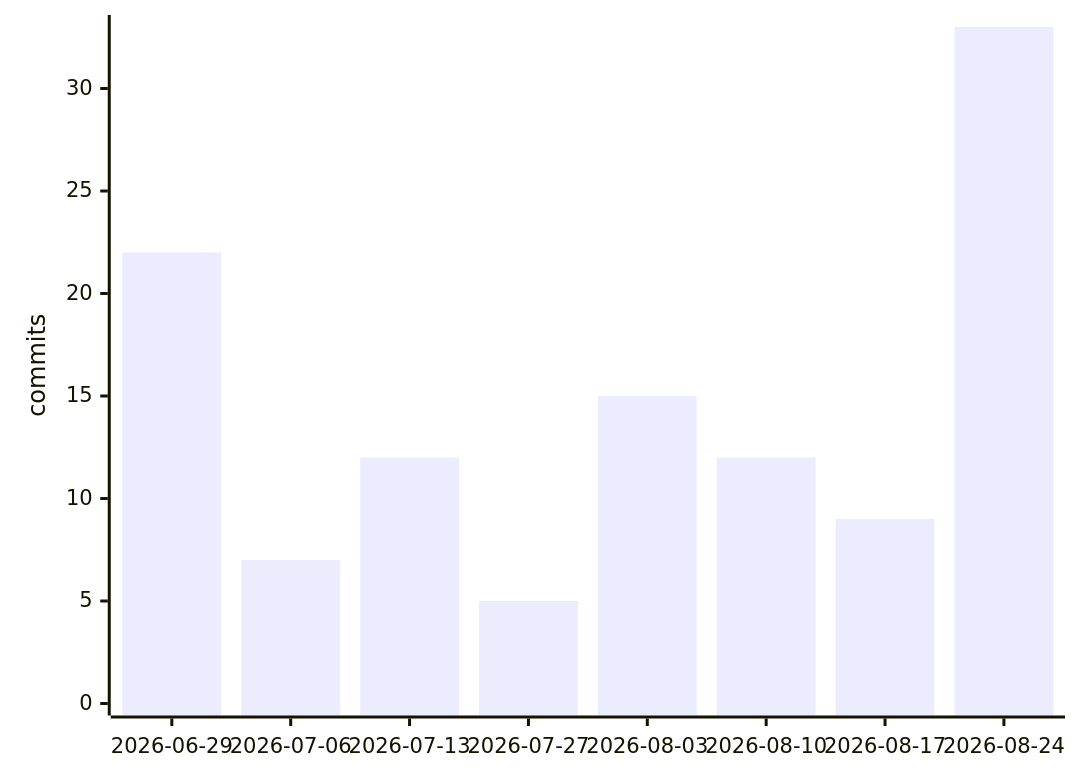
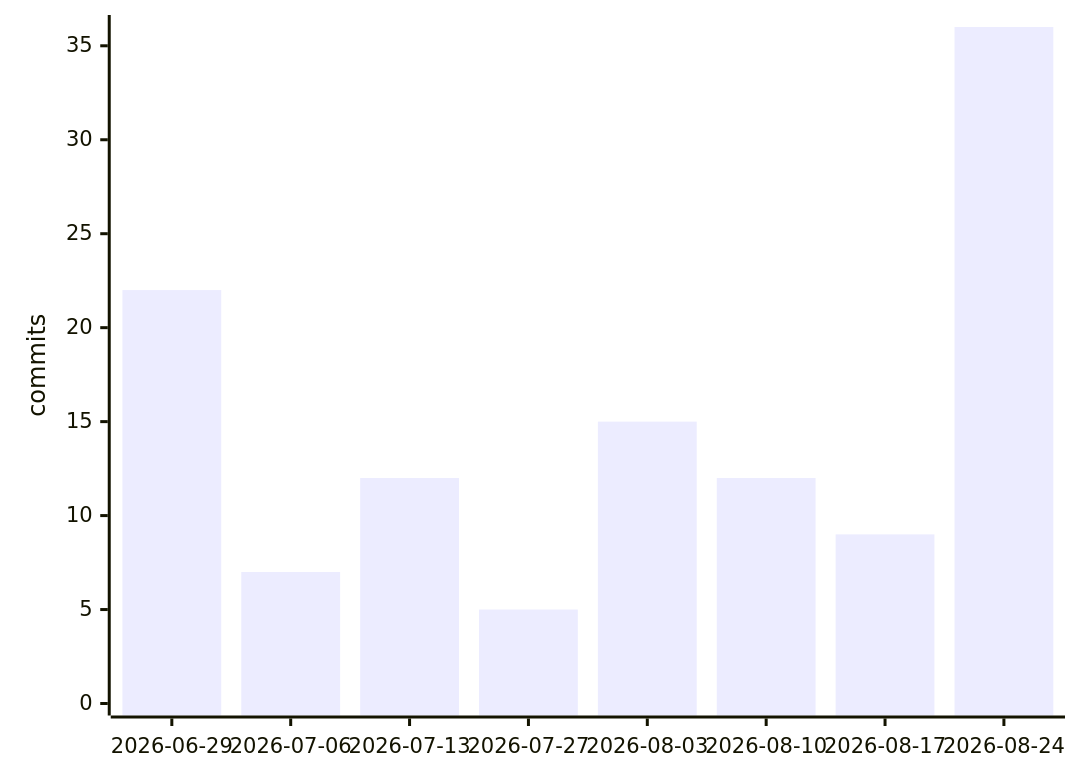
One commit to Manashjyoti-Bora/Manashjyoti-Bora changed the first of 3 diagrams in README.md. Above: the diagram before and after it, drawn with Mermaid. The commit also changed other lines of this file and 5 other files, not shown here.

````diff
--- a/README.md
+++ b/README.md
@@ -163,6 +163,6 @@
 ```mermaid
 xychart-beta
     x-axis ["2026-06-29", "2026-07-06", "2026-07-13", "2026-07-27", "2026-08-03", "2026-08-10", "2026-08-17", "2026-08-24"]
-    y-axis "commits" 0 --> 33
-    bar [22, 7, 12, 5, 15, 12, 9, 33]
+    y-axis "commits" 0 --> 36
+    bar [22, 7, 12, 5, 15, 12, 9, 36]
 ```
````
